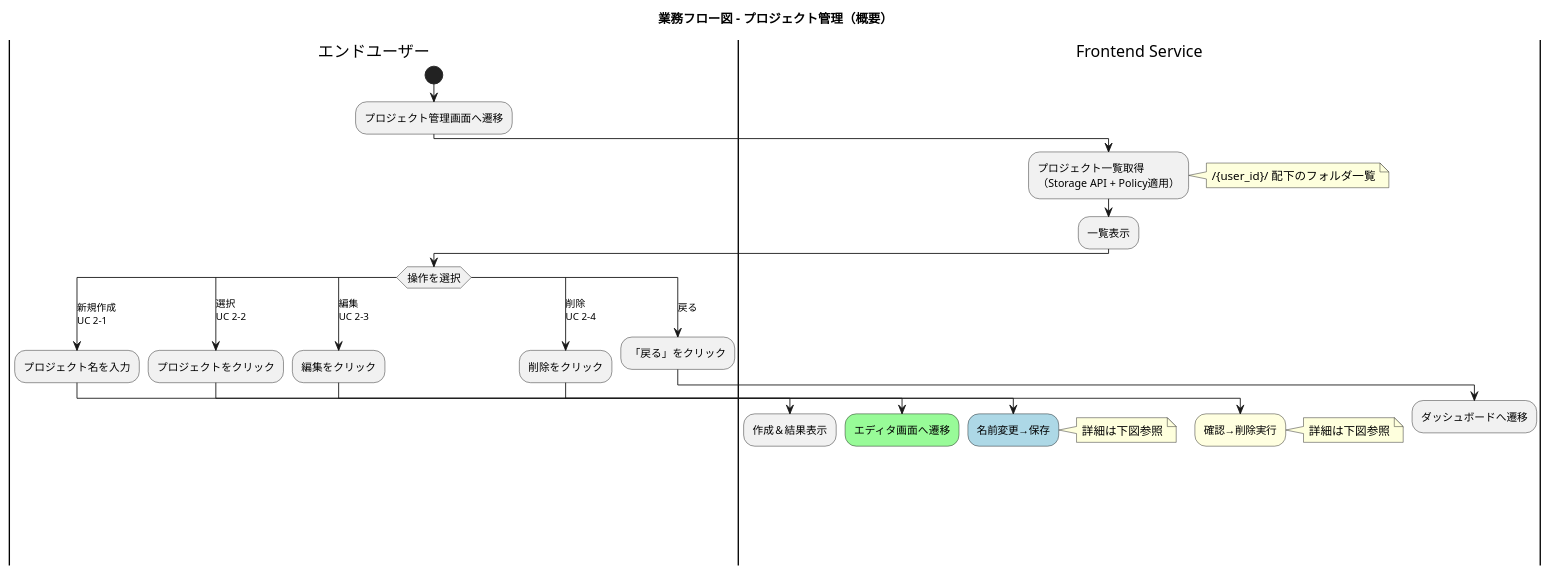
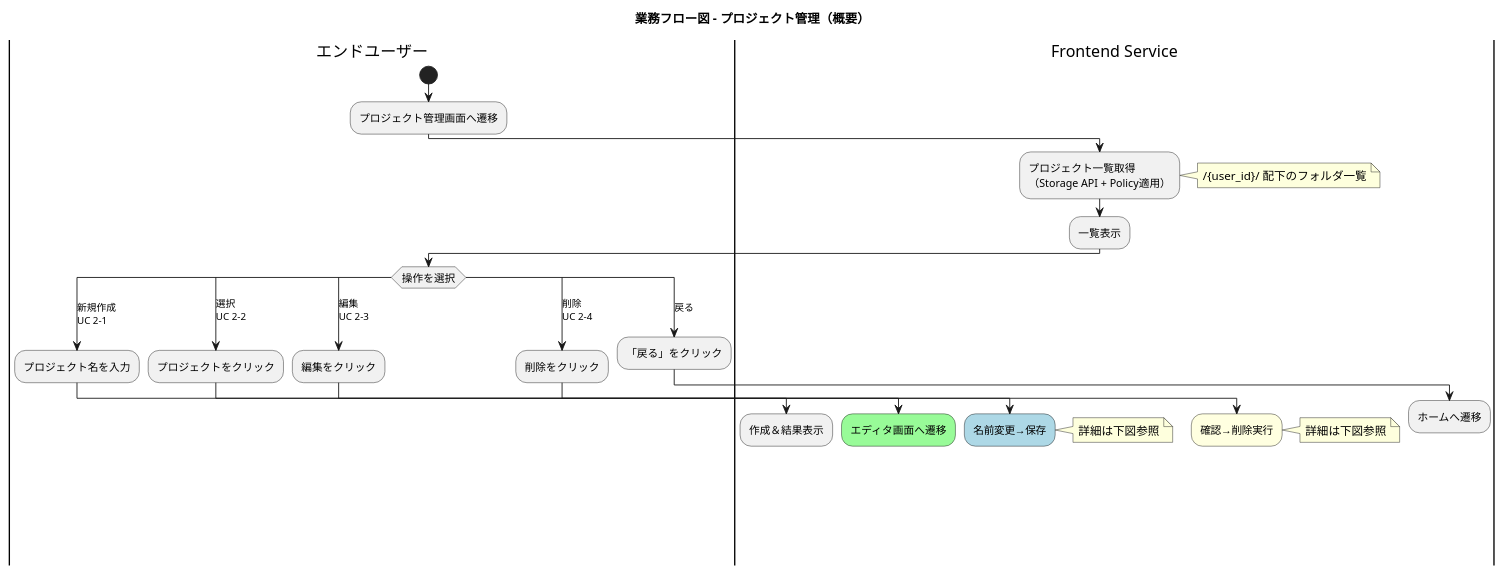
One commit to yoshiwo3/PlantUML2_Opus4.5 changed the fifth of 35 diagrams in docs/proposals/03_業務フロー図_20251201.md. Above: the diagram before and after it, drawn with PlantUML. The commit also changed other lines of this file and 27 other files, not shown here.

````diff
--- a/docs/proposals/03_業務フロー図_20251201.md
+++ b/docs/proposals/03_業務フロー図_20251201.md
@@ -762,55 +762,55 @@
 ```plantuml
 @startuml business_flow_project_management_overview
 skinparam ActivityFontSize 12
 skinparam ConditionEndStyle hline
 
 title 業務フロー図 - プロジェクト管理（概要）
 
 |エンドユーザー|
 start
 :プロジェクト管理画面へ遷移;
 
 |Frontend Service|
 :プロジェクト一覧取得\n（Storage API + Policy適用）;
 note right
   /{user_id}/ 配下のフォルダ一覧
 end note
 :一覧表示;
 
 |エンドユーザー|
 switch (操作を選択)
 case (新規作成\nUC 2-1)
   :プロジェクト名を入力;
   |Frontend Service|
   :作成＆結果表示;
   detach
 case (選択\nUC 2-2)
   |エンドユーザー|
   :プロジェクトをクリック;
   |Frontend Service|
   #palegreen:エディタ画面へ遷移;
   detach
 case (編集\nUC 2-3)
   |エンドユーザー|
   :編集をクリック;
   |Frontend Service|
   #lightblue:名前変更→保存;
   note right: 詳細は下図参照
   detach
 case (削除\nUC 2-4)
   |エンドユーザー|
   :削除をクリック;
   |Frontend Service|
   #lightyellow:確認→削除実行;
   note right: 詳細は下図参照
   detach
 case (戻る)
   |エンドユーザー|
   :「戻る」をクリック;
   |Frontend Service|
-  :ダッシュボードへ遷移;
+  :ホームへ遷移;
   detach
 endswitch
 
 @enduml
 ```
````
